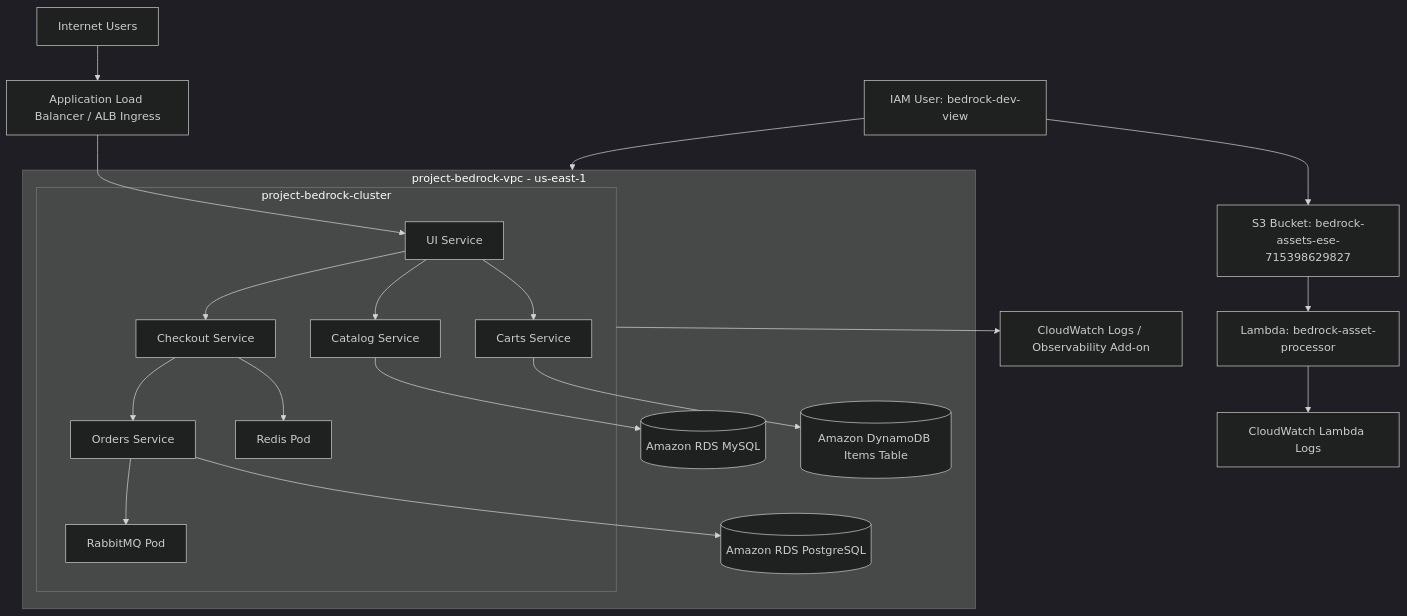
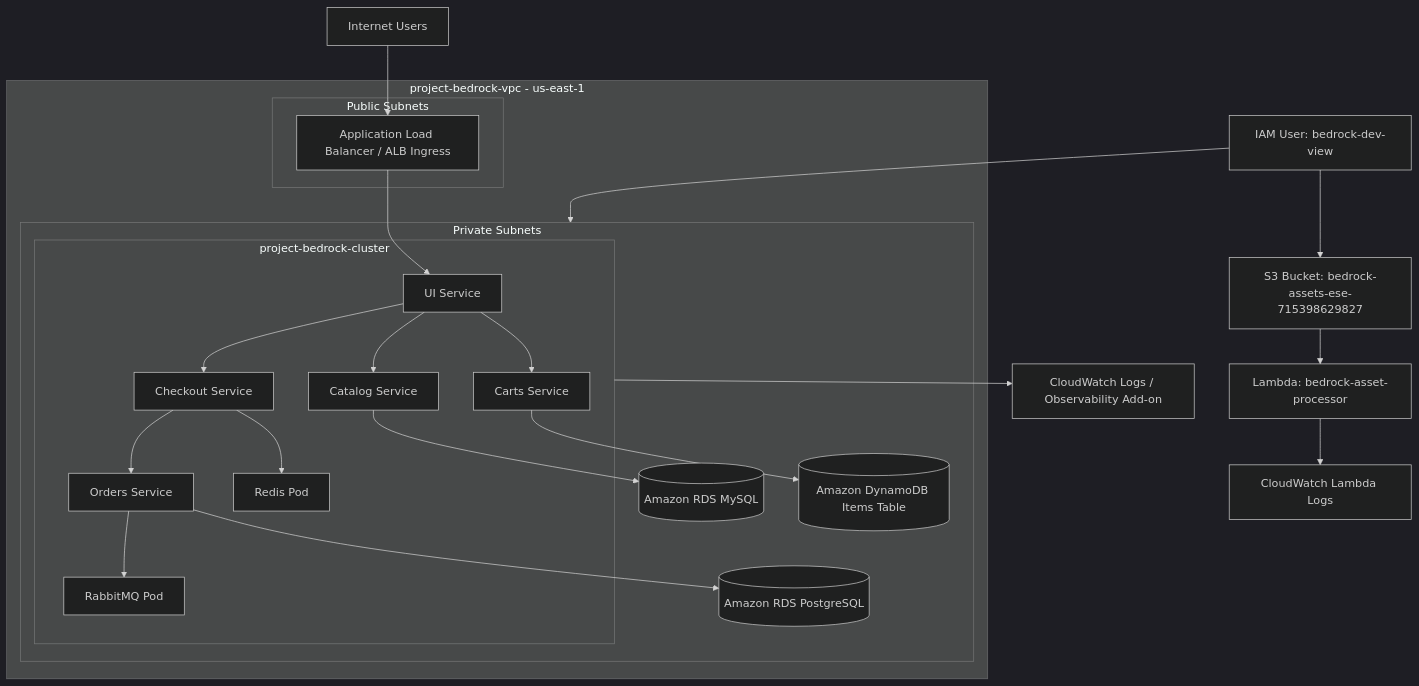
The diagram in README.md (Ese-ohe/project-bedrock-capstone), drawn with Mermaid (dark theme) before and after one commit. The commit also changed other lines of this file, not shown here.

Commit message:
Finalize project documentation

````diff
--- a/README.md
+++ b/README.md
@@ -9,43 +9,51 @@
 ```mermaid
 flowchart TD
 
     Internet[Internet Users] --> ALB[Application Load Balancer / ALB Ingress]
 
-    ALB --> UI[UI Service]
-
     subgraph VPC[project-bedrock-vpc - us-east-1]
 
-        subgraph EKS[project-bedrock-cluster]
+        subgraph PublicSubnets[Public Subnets]
+            ALB
+        end
 
-            UI --> Catalog[Catalog Service]
+        subgraph PrivateSubnets[Private Subnets]
 
-            UI --> Carts[Carts Service]
+            ALB --> UI[UI Service]
 
-            UI --> Checkout[Checkout Service]
+            subgraph EKS[project-bedrock-cluster]
 
-            Checkout --> Orders[Orders Service]
+                UI --> Catalog[Catalog Service]
 
-            Checkout --> Redis[Redis Pod]
+                UI --> Carts[Carts Service]
 
-            Orders --> RabbitMQ[RabbitMQ Pod]
+                UI --> Checkout[Checkout Service]
+
+                Checkout --> Orders[Orders Service]
+
+                Checkout --> Redis[Redis Pod]
+
+                Orders --> RabbitMQ[RabbitMQ Pod]
+
+            end
+
+            Catalog --> MySQL[(Amazon RDS MySQL)]
+
+            Orders --> Postgres[(Amazon RDS PostgreSQL)]
+
+            Carts --> DynamoDB[(Amazon DynamoDB Items Table)]
 
         end
-
-        Catalog --> MySQL[(Amazon RDS MySQL)]
-
-        Orders --> Postgres[(Amazon RDS PostgreSQL)]
-
-        Carts --> DynamoDB[(Amazon DynamoDB Items Table)]
 
     end
 
     EKS --> CloudWatch[CloudWatch Logs / Observability Add-on]
 
     AssetsBucket[S3 Bucket: bedrock-assets-ese-715398629827] --> Lambda[Lambda: bedrock-asset-processor]
 
     Lambda --> LambdaLogs[CloudWatch Lambda Logs]
 
     DevUser[IAM User: bedrock-dev-view] --> EKS
 
     DevUser --> AssetsBucket
 ```
````
